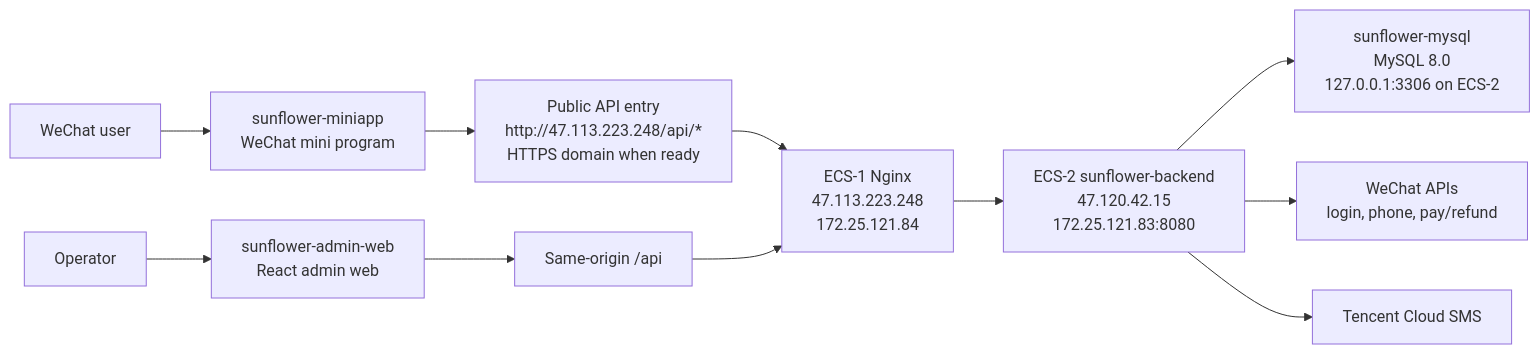
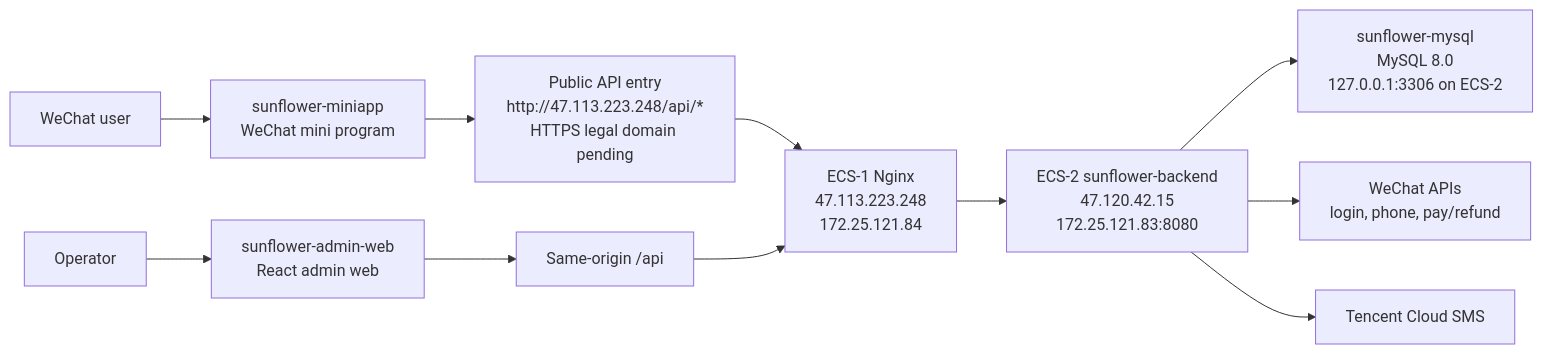
One commit to vutrungduy33/sunflower changed the diagram in docs/Architecture.md. Above: the diagram before and after it, drawn with Mermaid. The commit also changed other lines of this file and 4 other files, not shown here.

Commit message:
Refresh architecture and CI/CD docs

````diff
--- a/docs/Architecture.md
+++ b/docs/Architecture.md
@@ -10,15 +10,15 @@
 ```mermaid
 flowchart LR
   user["WeChat user"] --> miniapp["sunflower-miniapp\nWeChat mini program"]
   admin["Operator"] --> adminWeb["sunflower-admin-web\nReact admin web"]
 
-  miniapp --> publicApi["Public API entry\nhttp://47.113.223.248/api/*\nHTTPS domain when ready"]
+  miniapp --> publicApi["Public API entry\nhttp://47.113.223.248/api/*\nHTTPS legal domain pending"]
   adminWeb --> sameOriginApi["Same-origin /api"]
 
   publicApi --> nginx["ECS-1 Nginx\n47.113.223.248\n172.25.121.84"]
   sameOriginApi --> nginx
   nginx --> backend["ECS-2 sunflower-backend\n47.120.42.15\n172.25.121.83:8080"]
   backend --> mysql["sunflower-mysql\nMySQL 8.0\n127.0.0.1:3306 on ECS-2"]
   backend --> wx["WeChat APIs\nlogin, phone, pay/refund"]
   backend --> sms["Tencent Cloud SMS"]
 ```
````
